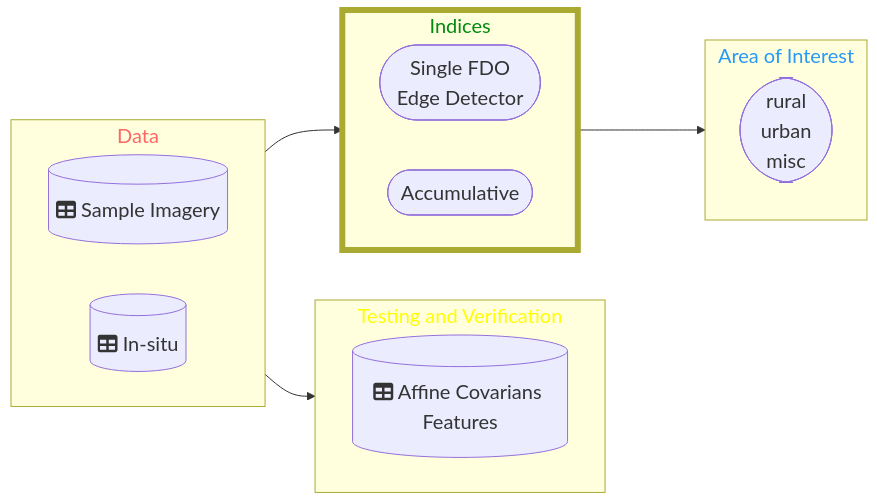
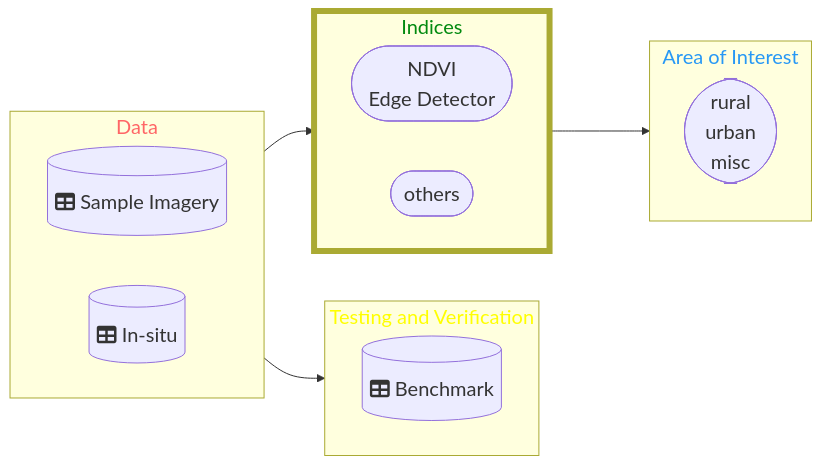
One commit to DippoldEJ/Feature-Detection-and-Explanation changed the diagram in Area-Features/README.md. Above: the diagram before and after it, drawn with Mermaid.

````diff
--- a/Area-Features/README.md
+++ b/Area-Features/README.md
@@ -14,39 +14,39 @@
 ```mermaid
 flowchart LR;
 %%{init: {
 	'themeVariables': { 'fontSize': '20px', 'fontFamily': 'Didot'}
 	}
 }%%
 
  subgraph n[Data]
         direction LR
         h[(fa:fa-table Sample Imagery)]
 		s[(fa:fa-table In-situ)]
     end
 
  subgraph q[Testing and Verification]
         direction LR
-        r[(fa:fa-table Affine Covarians Features)]
+        r[(fa:fa-table Benchmark)]
     end
 
  subgraph o[Indices]
         direction LR
-        j([Single FDO <br /> Edge Detector])
-        m([Accumulative])
+        j([NDVI <br /> Edge Detector])
+        m([others])
     end
 
 subgraph p[Area of Interest]
     a([rural <br /> urban  <br />  misc])
     end
 
 style n color:#f66
 style o stroke-width:6px
 style o color:#028A0F
 style p color:#2798F5
 style q color:#FFFF00
 
 n-->o
 o-->p
 n-->q
 
 ```
````
